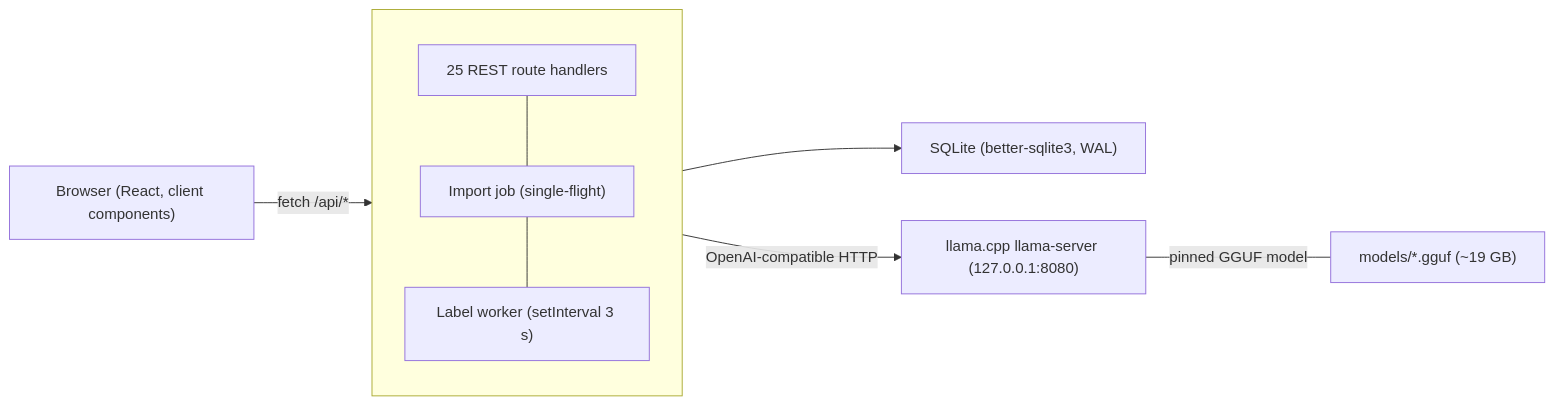
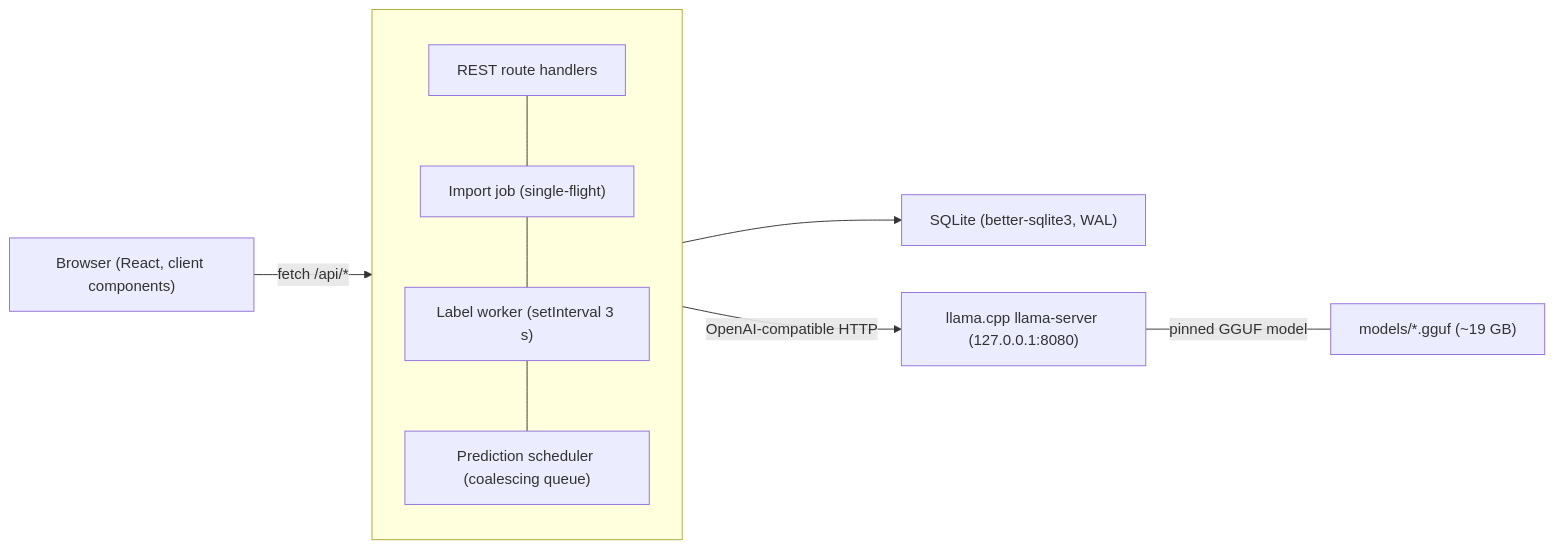
One commit to j-stechmann/geldlage changed the first of 3 diagrams in docs/architecture.md. Above: the diagram before and after it, drawn with Mermaid. The commit also changed other lines of this file and 75 other files, not shown here.

````diff
--- a/docs/architecture.md
+++ b/docs/architecture.md
@@ -14,12 +14,13 @@
 ```mermaid
 flowchart LR
   B["Browser (React, client components)"] -->|fetch /api/*| N["Next.js server (single Node process)"]
   N --> D["SQLite (better-sqlite3, WAL)"]
   N -->|OpenAI-compatible HTTP| L["llama.cpp llama-server (127.0.0.1:8080)"]
   subgraph N[" "]
     direction TB
-    A1["25 REST route handlers"] --- A2["Import job (single-flight)"]
+    A1["REST route handlers"] --- A2["Import job (single-flight)"]
     A2 --- A3["Label worker (setInterval 3 s)"]
+    A3 --- A4["Prediction scheduler (coalescing queue)"]
   end
   L ---|"pinned GGUF model"| M["models/*.gguf (~19 GB)"]
 ```
````
